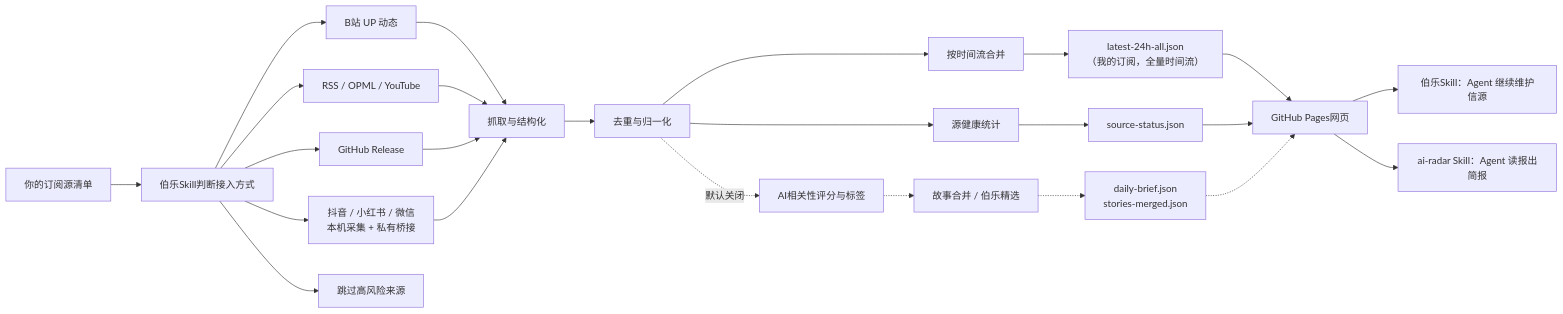
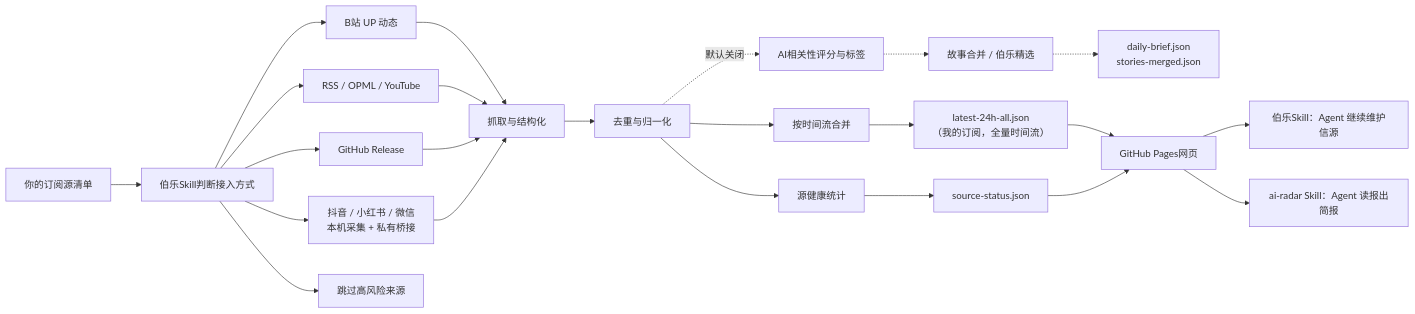
Before and after one commit to kunkunzi996/ai-news-radar: the diagram in README.md, drawn with Mermaid. The commit also changed other lines of this file and 4 other files, not shown here.

````diff
--- a/README.md
+++ b/README.md
@@ -121,33 +121,32 @@
 ```mermaid
 flowchart LR
     subs["你的订阅源清单"] --> classify["伯乐Skill判断接入方式"]
 
     classify --> bili["B站 UP 动态"]
     classify --> rss["RSS / OPML / YouTube"]
     classify --> gh["GitHub Release"]
     classify --> bridge["抖音 / 小红书 / 微信<br/>本机采集 + 私有桥接"]
     classify --> skip["跳过高风险来源"]
 
     bili --> fetch["抓取与结构化"]
     rss --> fetch
     gh --> fetch
     bridge --> fetch
 
     fetch --> dedup["去重与归一化"]
     dedup --> stream["按时间流合并"]
     dedup --> status["源健康统计"]
 
     stream --> latest["latest-24h-all.json<br/>（我的订阅，全量时间流）"]
     status --> sourceData["source-status.json"]
 
     dedup -.默认关闭.-> score["AI相关性评分与标签"]
     score -.-> story["故事合并 / 伯乐精选"]
     story -.-> brief["daily-brief.json<br/>stories-merged.json"]
 
     latest --> pages["GitHub Pages网页"]
     sourceData --> pages
-    brief -.-> pages
 
     pages --> agent["伯乐Skill：Agent 继续维护信源"]
     pages --> radar["ai-radar Skill：Agent 读报出简报"]
 ```
````
